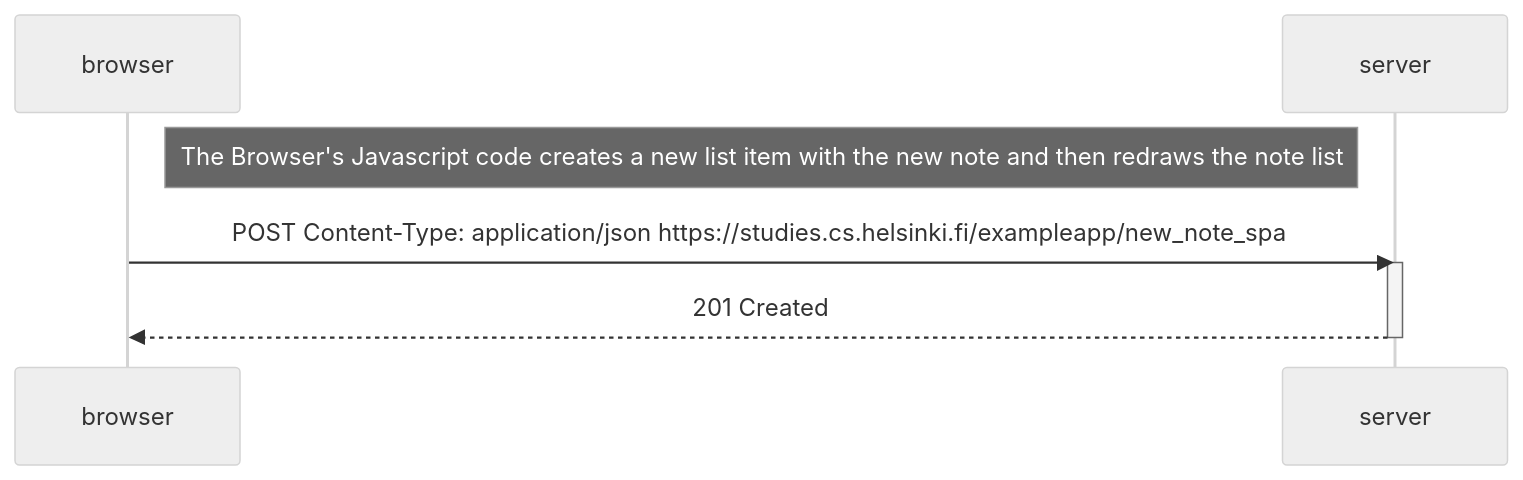
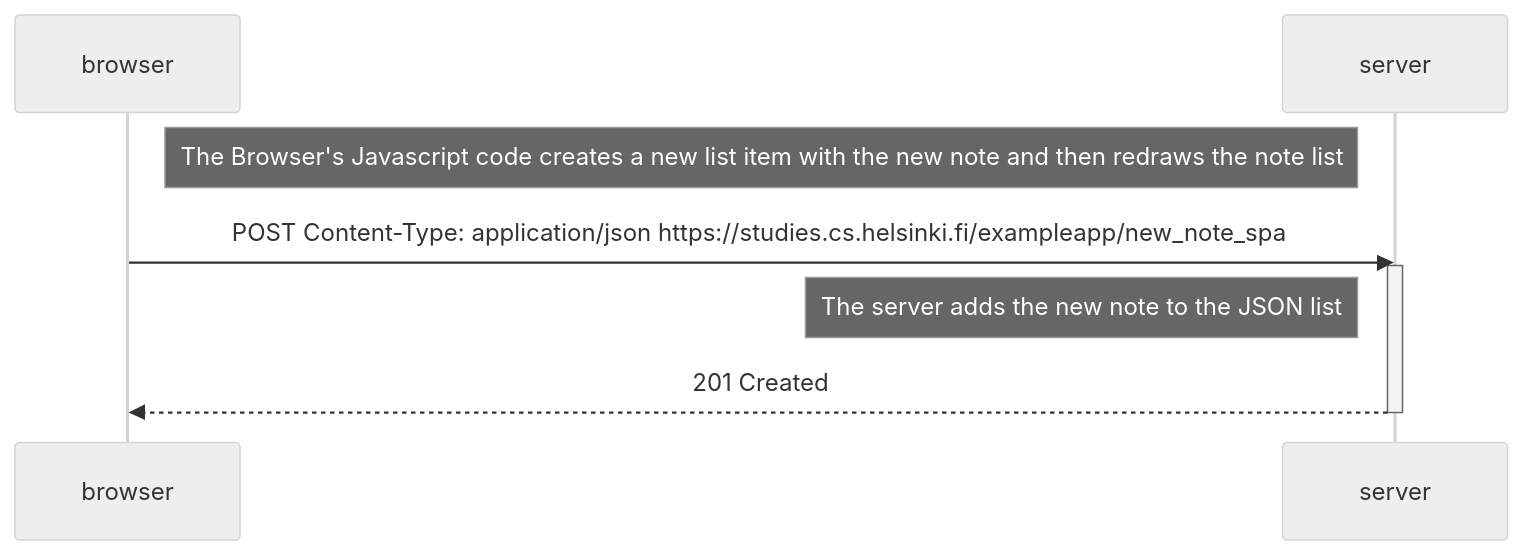
One commit to LucianoDapostrophe/FullStackOpen_Submissions changed the diagram in Part0/0.6_newnote_SPA_diagram.md. Above: the diagram before and after it, drawn with Mermaid (neutral theme).

Commit message:
0.6 additional note

````diff
--- a/Part0/0.6_newnote_SPA_diagram.md
+++ b/Part0/0.6_newnote_SPA_diagram.md
@@ -1,11 +1,12 @@
 ```mermaid
 sequenceDiagram
     participant browser
     participant server
 
     Note right of browser: The Browser's Javascript code creates a new list item with the new note and then redraws the note list
     browser->>server: POST Content-Type: application/json https://studies.cs.helsinki.fi/exampleapp/new_note_spa
     activate server
+    Note left of server: The server adds the new note to the JSON list
     server-->>browser: 201 Created
     deactivate server
 ```
````
